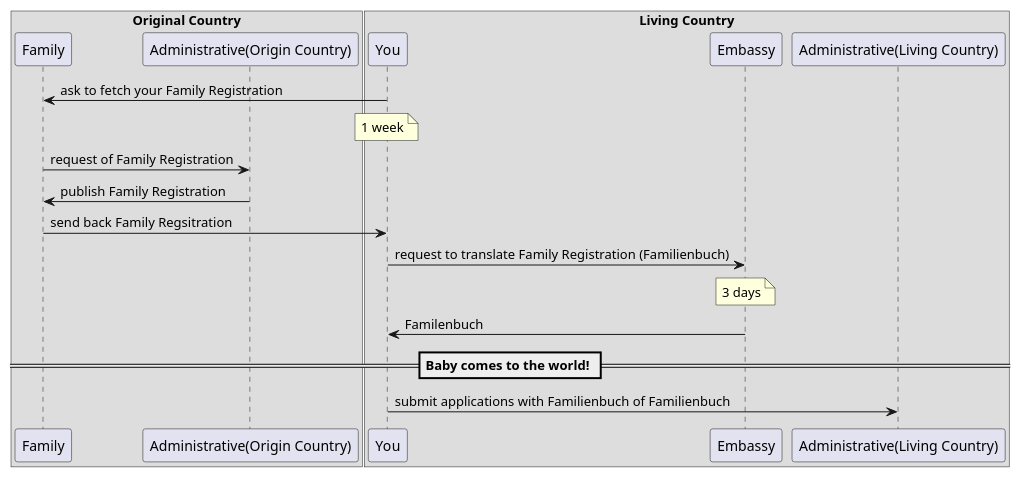
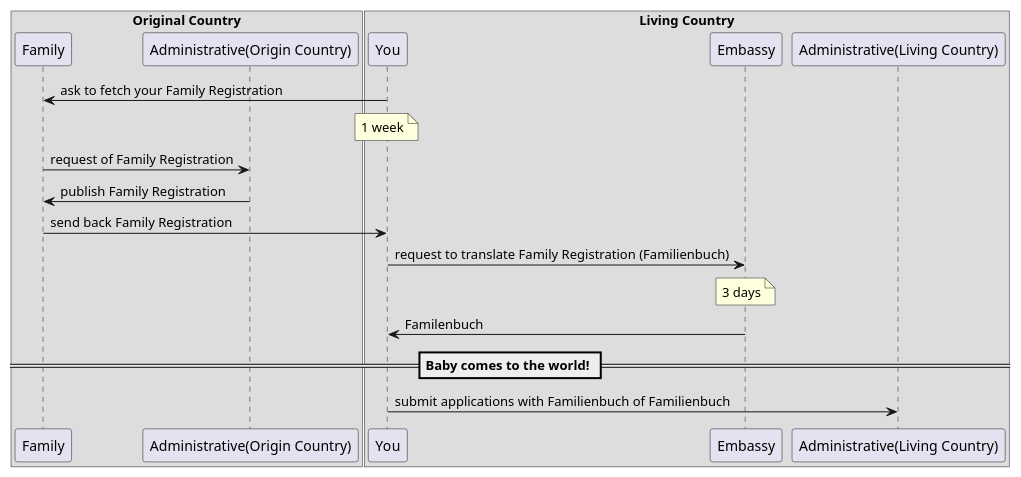
The second of 3 diagrams in index.org (camparijet/camparijet.github.io), drawn with PlantUML before and after one commit. The commit also changed other lines of this file and 6 other files, not shown here.

```diff
--- a/index.org
+++ b/index.org
@@ -16,26 +72,26 @@
    #+BEGIN_SRC plantuml :file images/en_sequence_with_family.png
      box "Original Country"
      participant Family
      participant "Administrative(Origin Country)" as origin
      end box
 
      box "Living Country"
      participant You
      participant Embassy
      participant "Administrative(Living Country)" as living
      end box
 
      You->Family: ask to fetch your Family Registration
      note over You: 1 week
      Family->origin: request of Family Registration
      origin->Family: publish Family Registration
-     Family->You: send back Family Regsitration
+     Family->You: send back Family Registration
 
      You->Embassy: request to translate Family Registration (Familienbuch)
      note over Embassy: 3 days
      Embassy->You: Familenbuch
 
      == Baby comes to the world! ==
 
      You->living: submit applications with Familienbuch of Familienbuch
    #+END_SRC
```
